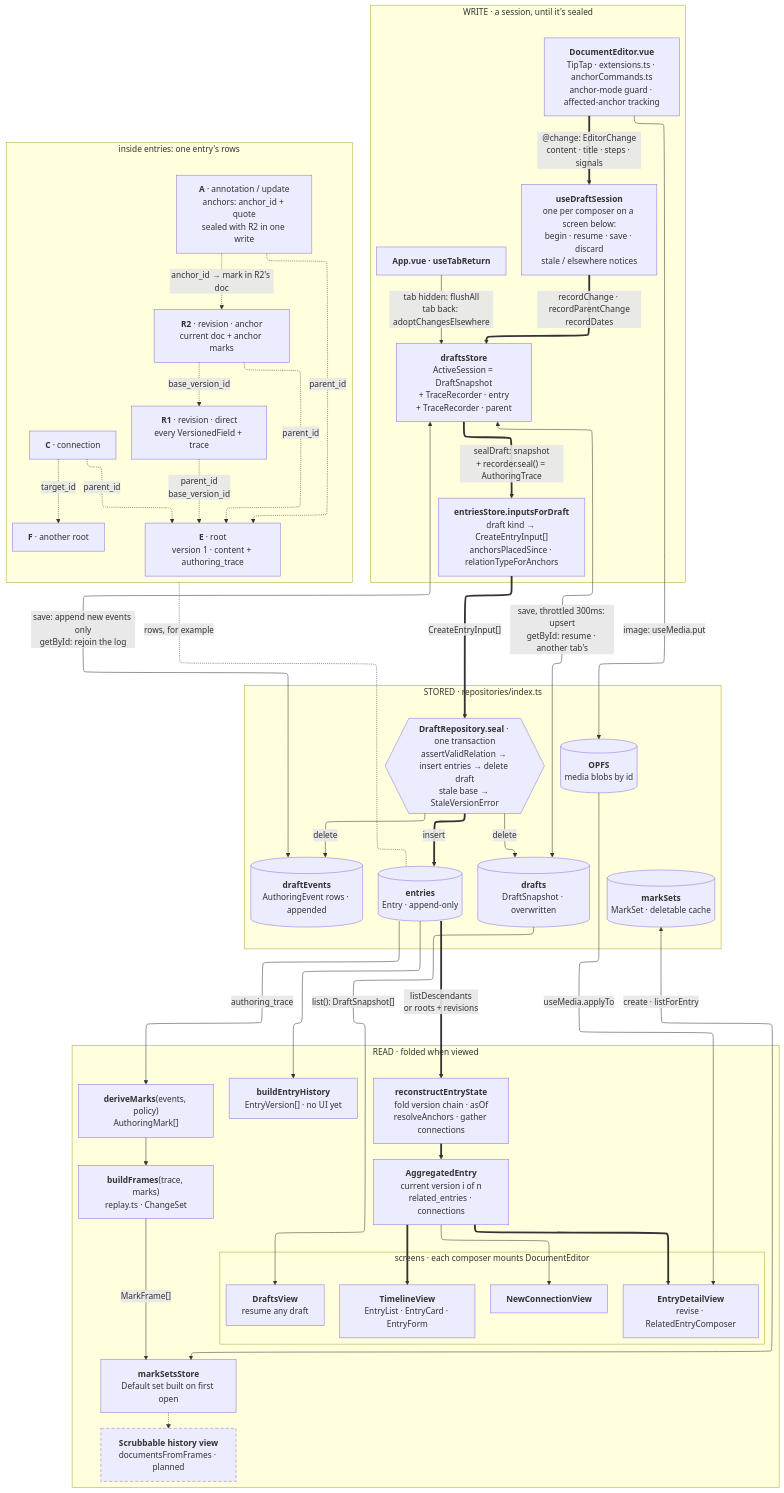
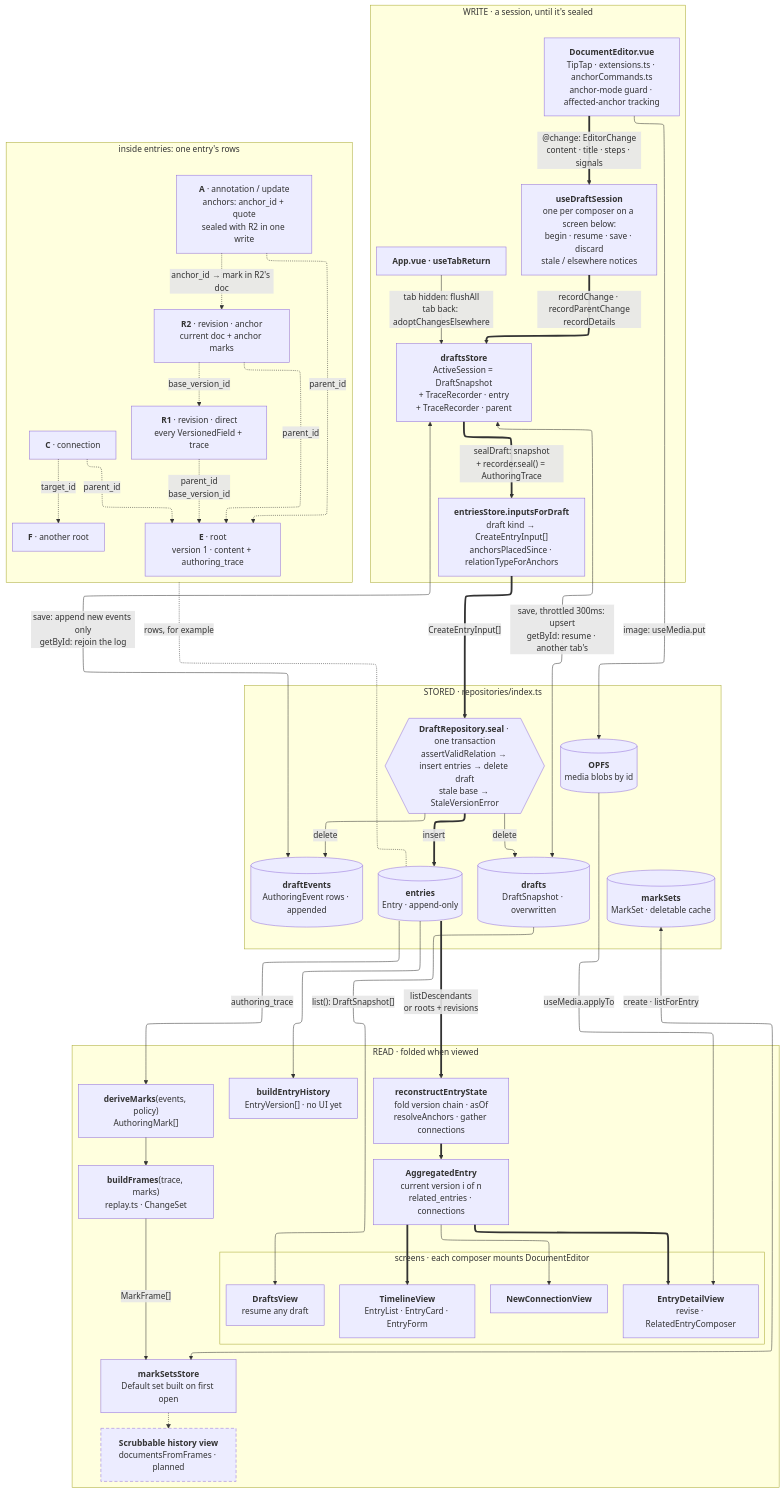
Before and after one commit to JasonFairchild/Chronicle: the diagram in ARCHITECTURE.md, drawn with Mermaid. The commit also changed 16 other files, not shown here.

```diff
--- a/ARCHITECTURE.md
+++ b/ARCHITECTURE.md
@@ -80,7 +80,7 @@
 
   %% write path
   DE ==>|"@change: EditorChange<br/>content · title · steps · signals"| SES
-  SES ==>|"recordChange · recordParentChange<br/>recordDates"| DS
+  SES ==>|"recordChange · recordParentChange<br/>recordDetails"| DS
   TAB -->|"tab hidden: flushAll<br/>tab back: adoptChangesElsewhere"| DS
   DS <-->|"save, throttled 300ms: upsert<br/>getById: resume · another tab's"| T_DRAFTS
   DS <-->|"save: append new events only<br/>getById: rejoin the log"| T_EVENTS
```
